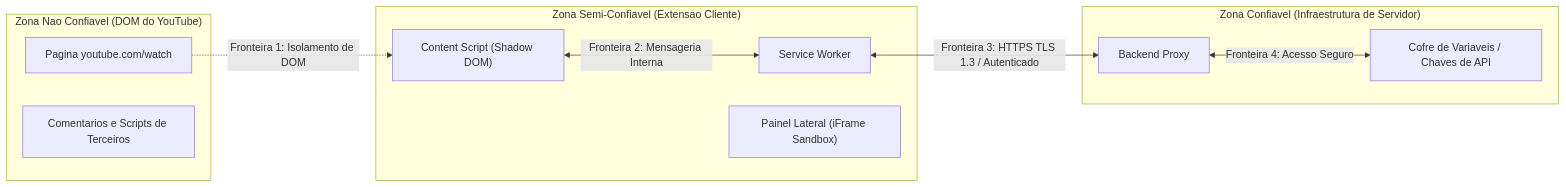
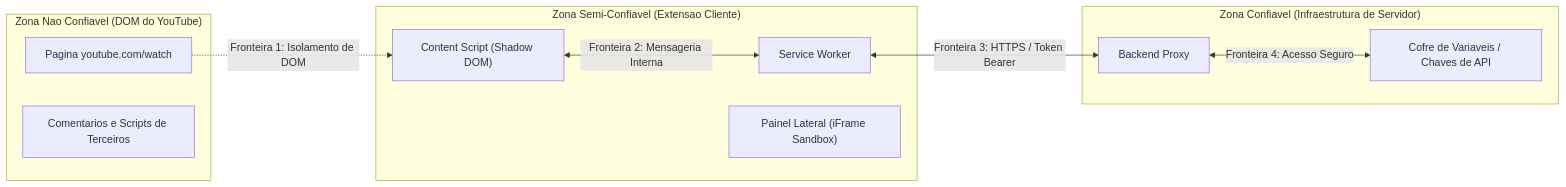
The diagram in docs/arquitetura/modelagem-ameacas.md (evidencia-grupo/documentation), drawn with Mermaid before and after one commit. The commit also changed other lines of this file and 38 other files, not shown here.

````diff
--- a/docs/arquitetura/modelagem-ameacas.md
+++ b/docs/arquitetura/modelagem-ameacas.md
@@ -29,23 +32,23 @@
 ```mermaid
 flowchart LR
     subgraph UntrustedZone["Zona Nao Confiavel (DOM do YouTube)"]
         YTPages["Pagina youtube.com/watch"]
         YTComments["Comentarios e Scripts de Terceiros"]
     end
 
     subgraph SemiTrustedZone["Zona Semi-Confiavel (Extensao Cliente)"]
         CS["Content Script (Shadow DOM)"]
         SW["Service Worker"]
         Panel["Painel Lateral (iFrame Sandbox)"]
     end
 
     subgraph TrustedZone["Zona Confiavel (Infraestrutura de Servidor)"]
         Backend["Backend Proxy"]
         Secrets["Cofre de Variaveis / Chaves de API"]
     end
 
     YTPages -.->|Fronteira 1: Isolamento de DOM| CS
     CS <-->|Fronteira 2: Mensageria Interna| SW
-    SW <-->|Fronteira 3: HTTPS TLS 1.3 / Autenticado| Backend
+    SW <-->|Fronteira 3: HTTPS / Token Bearer| Backend
     Backend <-->|Fronteira 4: Acesso Seguro| Secrets
 ```
````
